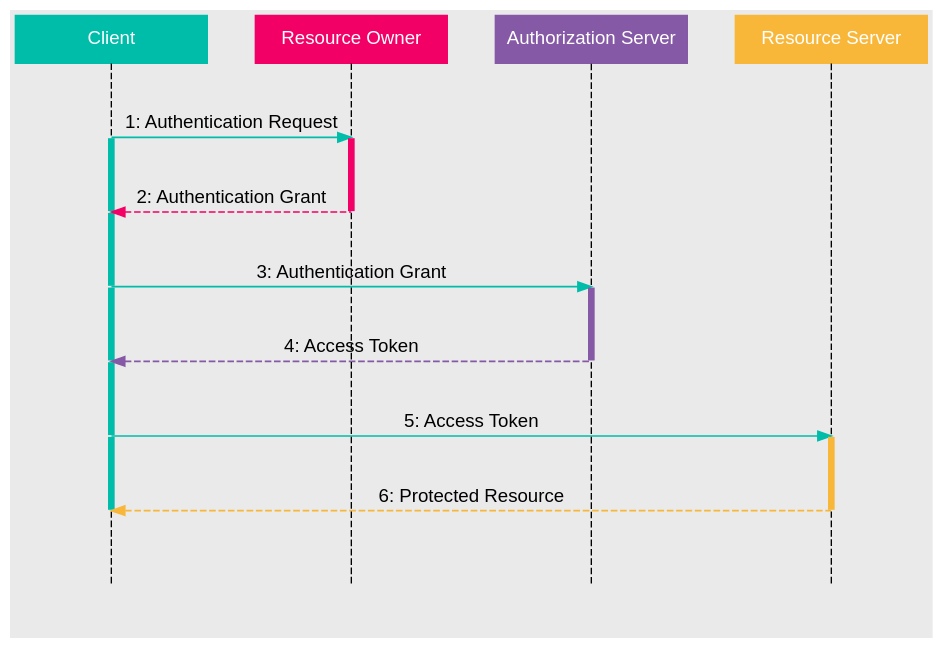
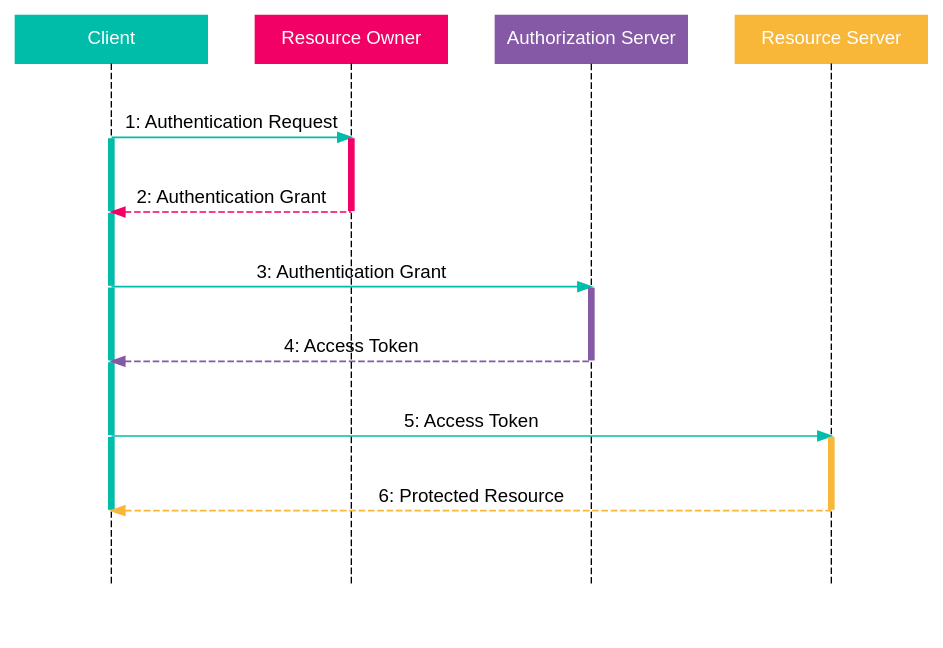
Before and after one commit to Jeanhwea/jeanhwea.github.io: the diagram in static/image/2019/07/oauth-abstract-protocol-flow.dot, drawn with Graphviz. The commit also changed 1 other file, not shown here.

Commit message:
update diagram

```diff
--- a/static/image/2019/07/oauth-abstract-protocol-flow.dot
+++ b/static/image/2019/07/oauth-abstract-protocol-flow.dot
@@ -1,66 +1,66 @@
 digraph ProtocolFlow {
   // rankdir=LR;
-  bgcolor="#eaeaea";
+  // bgcolor="#eaeaea";
   ranksep=0.75;
   node
   [
    shape=box;
    style="filled";
    fontcolor="#ffffff";
    fontname="Arial"
    ];
   // edge [minlen=5];
 
   // client group
   client [color="#00bdaa", width=2, label="Client", group=g_client];
   p00, p01, p02, p03, p04, p05 [shape=point, width=0, label="", group=g_client];
   p09 [style=invis, label="", group=g_client];
   client -> p00 [style=dashed, arrowhead=none];
   p05 -> p09 [style=dashed, arrowhead=none];
   p00 -> p01 -> p02 -> p03 -> p04 -> p05 [style=none, color="#00bdaa", penwidth=5, arrowhead=none];
 
   // owner group
   owner [color="#f30067", width=2, label="Resource Owner", group=g_owner];
   p10, p11 [shape=point, width=0, label="", group=g_owner];
   p19 [style=invis, label="", group=g_owner];
   owner -> p10 [style=dashed, arrowhead=none];
   p11 -> p19 [style=dashed, arrowhead=none];
   p10 -> p11 [style=none, color="#f30067", penwidth=5, arrowhead=none];
 
   // auth group
   auth [color="#8559a5", width=2, label="Authorization Server", group=g_auth];
   p22, p23 [shape=point, width=0, label="", group=g_auth];
   p29 [style=invis, label="", group=g_auth];
   auth -> p22 [style=dashed, arrowhead=none];
   p23 -> p29 [style=dashed, arrowhead=none];
   p22 -> p23 [style=none, color="#8559a5", penwidth=5, arrowhead=none];
 
   // res group
   res [color="#f8b739", width=2, label="Resource Server", group=g_res];
   p34, p35[shape=point, width=0, label="", group=g_res];
   p39 [style=invis, label="", group=g_res];
   res -> p34 [style=dashed, arrowhead=none];
   p35 -> p39 [style=dashed, arrowhead=none];
   p34 -> p35 [style=none, color="#f8b739", penwidth=5, arrowhead=none];
 
   // setup ranks and invis
   { rank=same; client; owner; auth; res; }
   { rank=same; p00; p10; }
   { rank=same; p01; p11; }
   { rank=same; p02; p22; }
   { rank=same; p03; p23; }
   { rank=same; p04; p34; }
   { rank=same; p05; p35; }
   { rank=same; p09; p19; p29; p39 }
   client -> owner -> auth -> res [style=invis];
   p09 -> p19 -> p29 -> p39 [style=invis];
 
   // request and response lines
   edge [fontname="Arial"];
   p00 -> p10 [color="#00bdaa", penwidth=1.2, arrowhead=normal, label="1: Authentication Request"];
   p01 -> p11 [color="#f30067", penwidth=1.2, arrowtail=normal, style=dashed, dir=back, label="2: Authentication Grant"];
   p02 -> p22 [color="#00bdaa", penwidth=1.2, arrowhead=normal, label="3: Authentication Grant"];
   p03 -> p23 [color="#8559a5", penwidth=1.2, arrowtail=normal, style=dashed, dir=back, label="4: Access Token"];
   p04 -> p34 [color="#00bdaa", penwidth=1.2, arrowhead=normal, label="5: Access Token"];
   p05 -> p35 [color="#f8b739", penwidth=1.2, arrowtail=normal, style=dashed, dir=back, label="6: Protected Resource"];
 }
```
